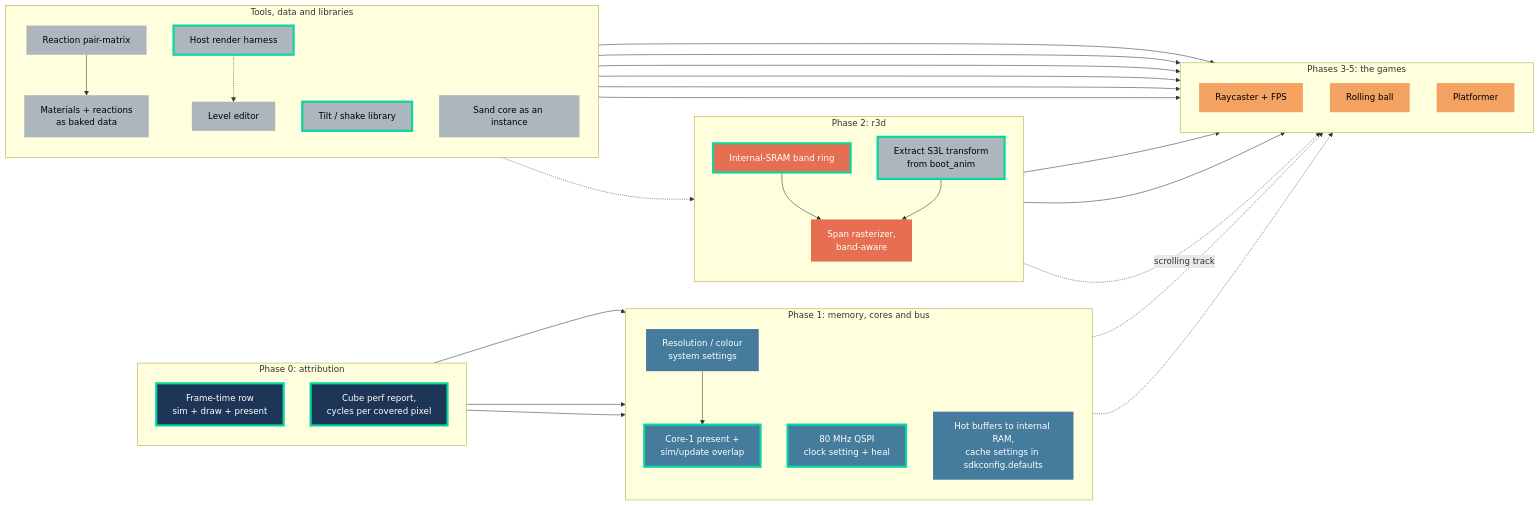
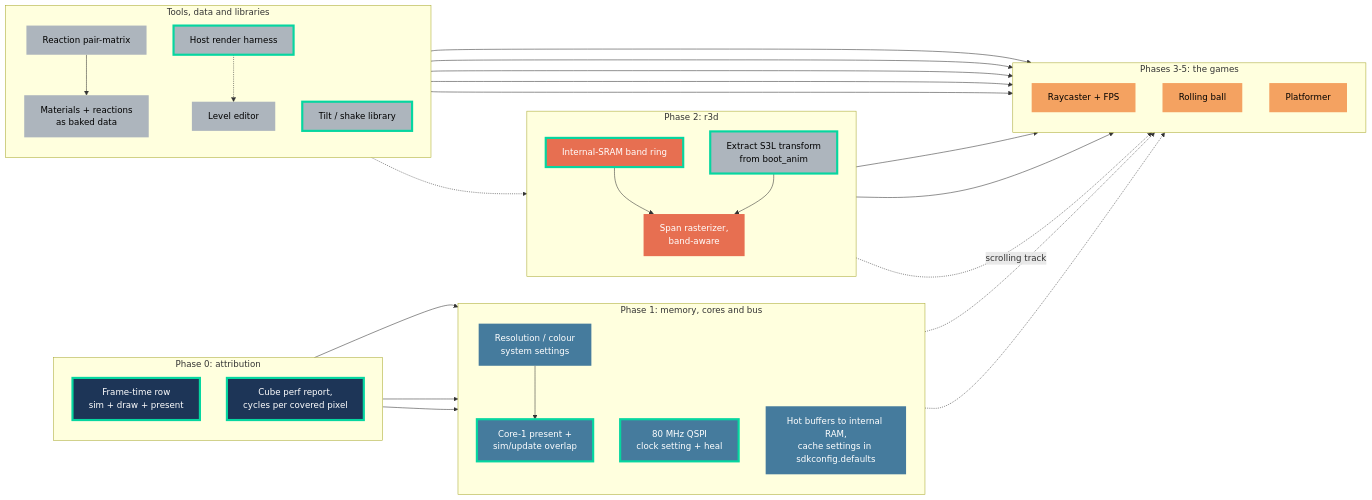
Before and after one commit to jose-villegas/autana: the first of 2 diagrams in docs/plans/Autana-Rendering-Roadmap.md, drawn with Mermaid. The commit also changed other lines of this file, not shown here.

Commit message:
docs: the roadmap drops the sand automaton as windowed VFX and the sand-instance prerequisite

````diff
--- a/docs/plans/Autana-Rendering-Roadmap.md
+++ b/docs/plans/Autana-Rendering-Roadmap.md
@@ -27,66 +27,64 @@
 ```mermaid
 flowchart LR
   classDef p0 fill:#1d3557,color:#fff,stroke:none
   classDef p1 fill:#457b9d,color:#fff,stroke:none
   classDef p2 fill:#e76f51,color:#fff,stroke:none
   classDef game fill:#f4a261,color:#000,stroke:none
   classDef side fill:#adb5bd,color:#000,stroke:none
   classDef done stroke:#06d6a0,stroke-width:4px
 
   subgraph P0["Phase 0: attribution"]
     direction TB
     frameTime["Frame-time row<br/>sim + draw + present"]:::p0
     cubePerf["Cube perf report,<br/>cycles per covered pixel"]:::p0
   end
   subgraph P1["Phase 1: memory, cores and bus"]
     direction TB
     resSettings["Resolution / colour<br/>system settings"]:::p1
     busRoot["80 MHz QSPI<br/>clock setting + heal"]:::p1
     corePresent["Core-1 present +<br/>sim/update overlap"]:::p1
     memPlacement["Hot buffers to internal RAM,<br/>cache settings in sdkconfig.defaults"]:::p1
   end
   subgraph P2["Phase 2: r3d"]
     direction TB
     s3lExtract["Extract S3L transform<br/>from boot_anim"]:::side
     bandRing["Internal-SRAM band ring"]:::p2
     rasterizer["Span rasterizer,<br/>band-aware"]:::p2
   end
   subgraph SIDE["Tools, data and libraries"]
     direction TB
     hostHarness["Host render harness"]:::side
     tiltShake["Tilt / shake library"]:::side
     reactionMatrix["Reaction pair-matrix"]:::side
     materialData["Materials + reactions<br/>as baked data"]:::side
     levelEditor["Level editor"]:::side
-    sandInstance["Sand core as an instance"]:::side
   end
   subgraph G["Phases 3-5: the games"]
     direction TB
     raycaster["Raycaster + FPS"]:::game
     rollingBall["Rolling ball"]:::game
     platformer["Platformer"]:::game
   end
 
   frameTime --> busRoot
   frameTime --> corePresent
   frameTime --> memPlacement
   resSettings --> corePresent
   bandRing --> rasterizer
   s3lExtract --> rasterizer
   bandRing --> raycaster
   tiltShake --> raycaster
   rasterizer --> rollingBall
   tiltShake --> rollingBall
   levelEditor --> platformer
   materialData --> platformer
-  sandInstance --> platformer
   tiltShake --> platformer
   reactionMatrix --> materialData
   bandRing -.->|scrolling track| platformer
   hostHarness -.-> rasterizer
   hostHarness -.-> levelEditor
   busRoot -.-> raycaster
   corePresent -.-> platformer
 
   class frameTime,cubePerf,busRoot,corePresent,bandRing,hostHarness,s3lExtract,tiltShake done
 ```
````
